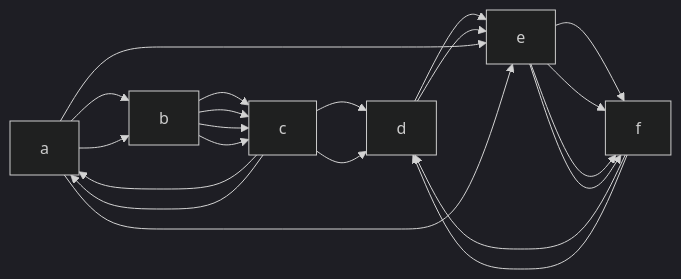
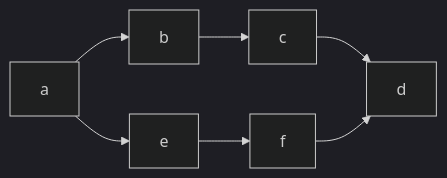
One commit to thecodingrunner/RecordApplication changed the diagram in README.md. Above: the diagram before and after it, drawn with Mermaid (dark theme).

````diff
--- a/README.md
+++ b/README.md
@@ -4,4 +4,9 @@
 ```mermaid
 flowchart LR
-   a --> b & b --> c & c --> d & a --> e & e --> f & f --> d
+   a --> b;
+   b --> c;
+   c --> d;
+   a --> e;
+   e --> f;
+   f --> d;
 ```
````
